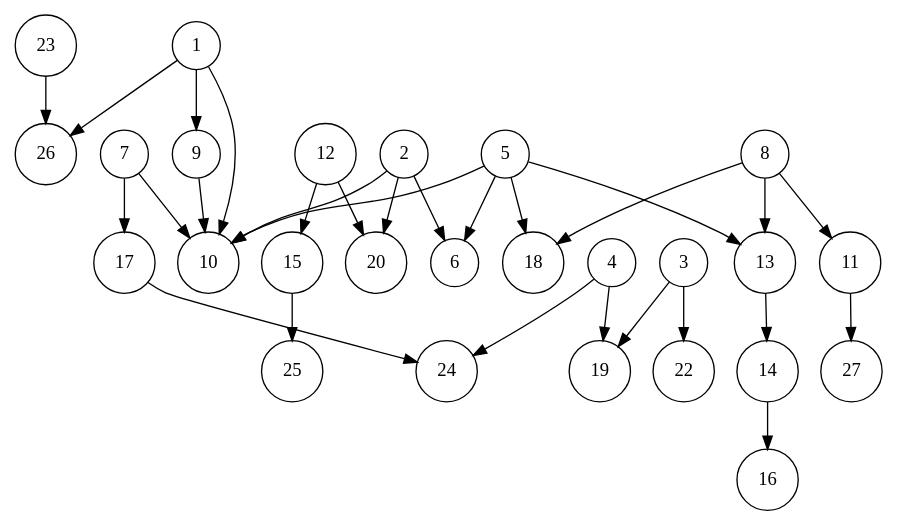
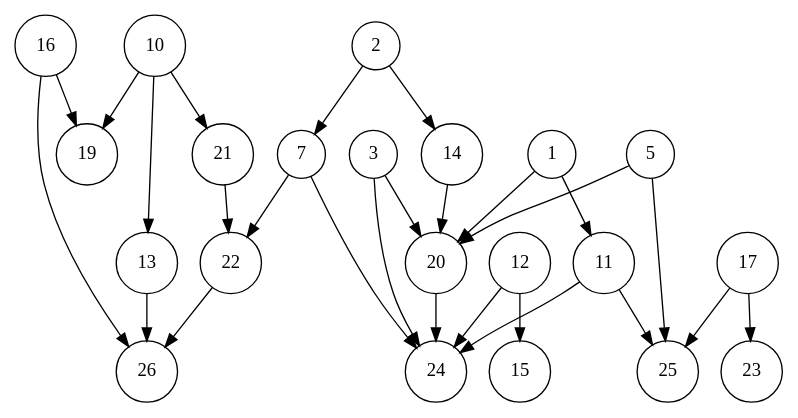
The diagram in RandGraph/GenerateRandomGraphs.dot (gzshawnliang/competitive-programming), drawn with Graphviz before and after one commit. The commit also changed 4 other files, not shown here.

```diff
--- a/RandGraph/GenerateRandomGraphs.dot
+++ b/RandGraph/GenerateRandomGraphs.dot
@@ -1,30 +1,28 @@
 digraph {node [shape=circle]
-1 -> 9
-1 -> 10
-1 -> 26
-2 -> 6
-2 -> 10
-2 -> 20
-3 -> 19
-3 -> 22
-4 -> 19
-4 -> 24
-5 -> 6
-5 -> 10
-5 -> 13
-5 -> 18
-7 -> 10
-7 -> 17
-8 -> 11
-8 -> 13
-8 -> 18
-9 -> 10
-11 -> 27
+1 -> 11
+1 -> 20
+2 -> 7
+2 -> 14
+3 -> 20
+3 -> 24
+5 -> 20
+5 -> 25
+7 -> 22
+7 -> 24
+10 -> 13
+10 -> 19
+10 -> 21
+11 -> 24
+11 -> 25
 12 -> 15
-12 -> 20
-13 -> 14
-14 -> 16
-15 -> 25
-17 -> 24
-23 -> 26
+12 -> 24
+13 -> 26
+14 -> 20
+16 -> 19
+16 -> 26
+17 -> 23
+17 -> 25
+20 -> 24
+21 -> 22
+22 -> 26
 }
```
